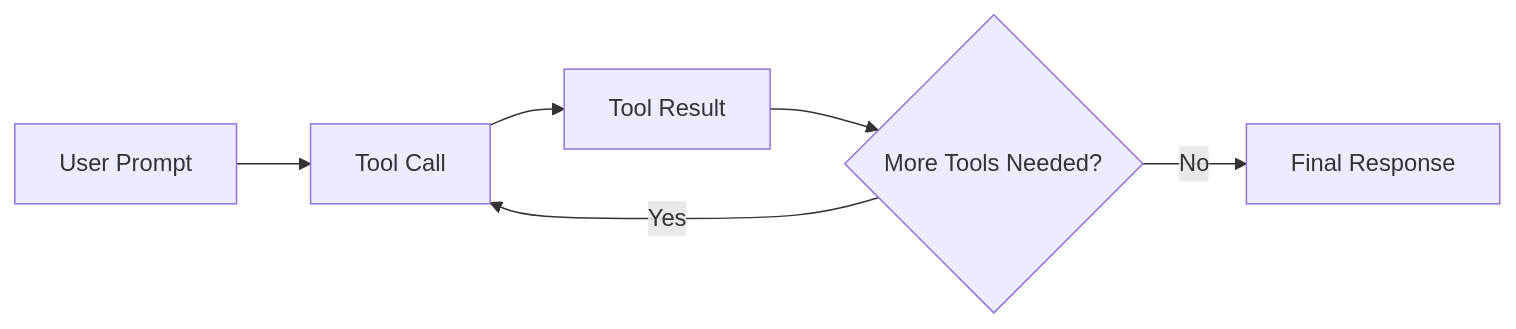
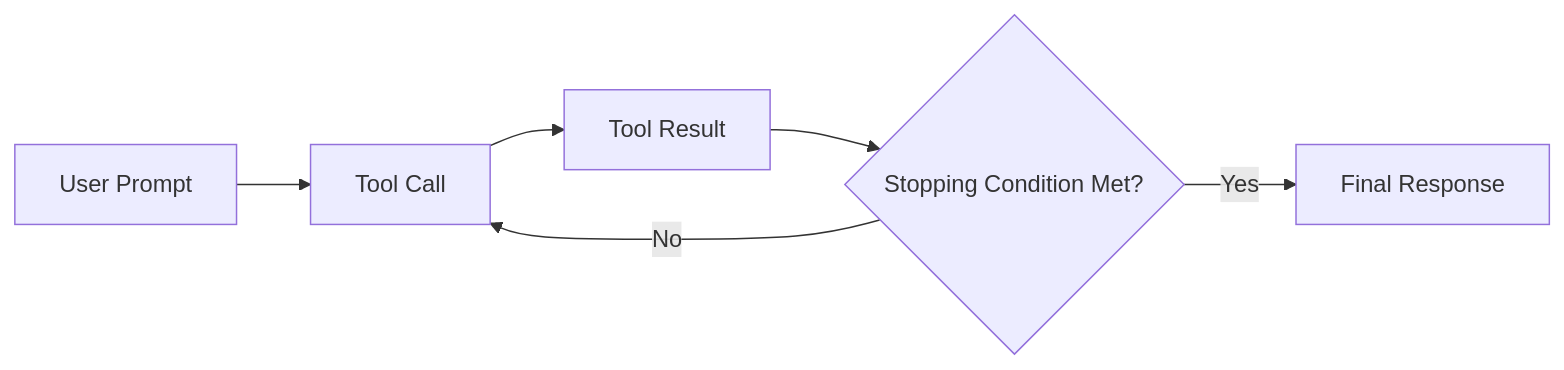
The third of 3 diagrams in RL_researcher_writer_ymaxing/rl_training_data/noise_experiment/06_tools__var_standard__replicate1__preset1/article_001.md (YMaXing/Research-Agent-reinforced-by-RL), drawn with Mermaid before and after one commit. The commit also changed other lines of this file and 4528 other files, not shown here.

````diff
--- a/RL_researcher_writer_ymaxing/rl_training_data/noise_experiment/06_tools__var_standard__replicate1__preset1/article_001.md
+++ b/RL_researcher_writer_ymaxing/rl_training_data/noise_experiment/06_tools__var_standard__replicate1__preset1/article_001.md
@@ -851,14 +797,14 @@
 ```mermaid
 flowchart LR
-    A["User Prompt"]
-    B["Tool Call"]
-    C["Tool Result"]
-    D{"More Tools Needed?"}
-    E["Final Response"]
+  A["User Prompt"]
+  B["Tool Call"]
+  C["Tool Result"]
+  D{"Stopping Condition Met?"}
+  E["Final Response"]
 
-    A --> B
-    B --> C
-    C --> D
-    D -- "Yes" --> B
-    D -- "No" --> E
+  A --> B
+  B --> C
+  C --> D
+  D -- "No" --> B
+  D -- "Yes" --> E
 ```
````
